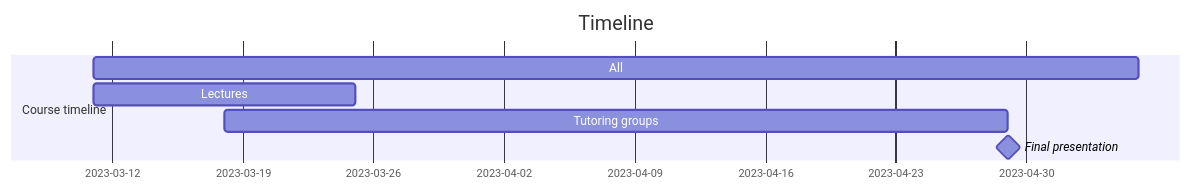
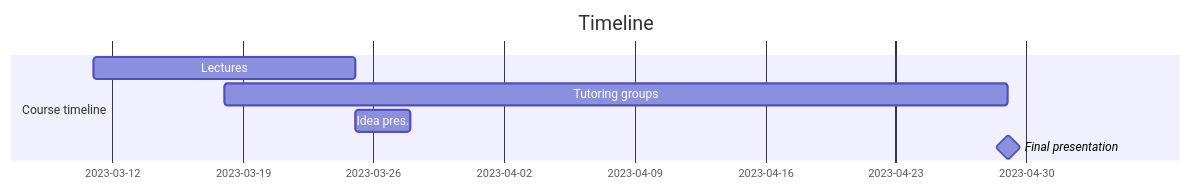
One commit to Adventune/principles-of-digital-fabriction-g20 changed the diagram in README.md. Above: the diagram before and after it, drawn with Mermaid. The commit also changed other lines of this file and 2 other files, not shown here.

````diff
--- a/README.md
+++ b/README.md
@@ -5,11 +7,12 @@
 ```mermaid
 gantt
     title Timeline
     dateFormat YYYY-MM-DD
+    todayMarker stroke-width:5px,stroke:#0f0,opacity:0.5
     section Course timeline
-        All          :2023-03-11, 8w
-        Lectures    :2023-03-11, 2w
-        Tutoring groups    :2023-03-18, 6w
-        Final presentation :milestone, 2023-04-22, 2w
+        Lectures            :2023-03-11, 2w
 
+        Tutoring groups     :2023-03-18, 6w
+        Idea pres.          :2023-03-25, 3d
+        Final presentation  :milestone, 2023-04-22, 2w
 ```
````
